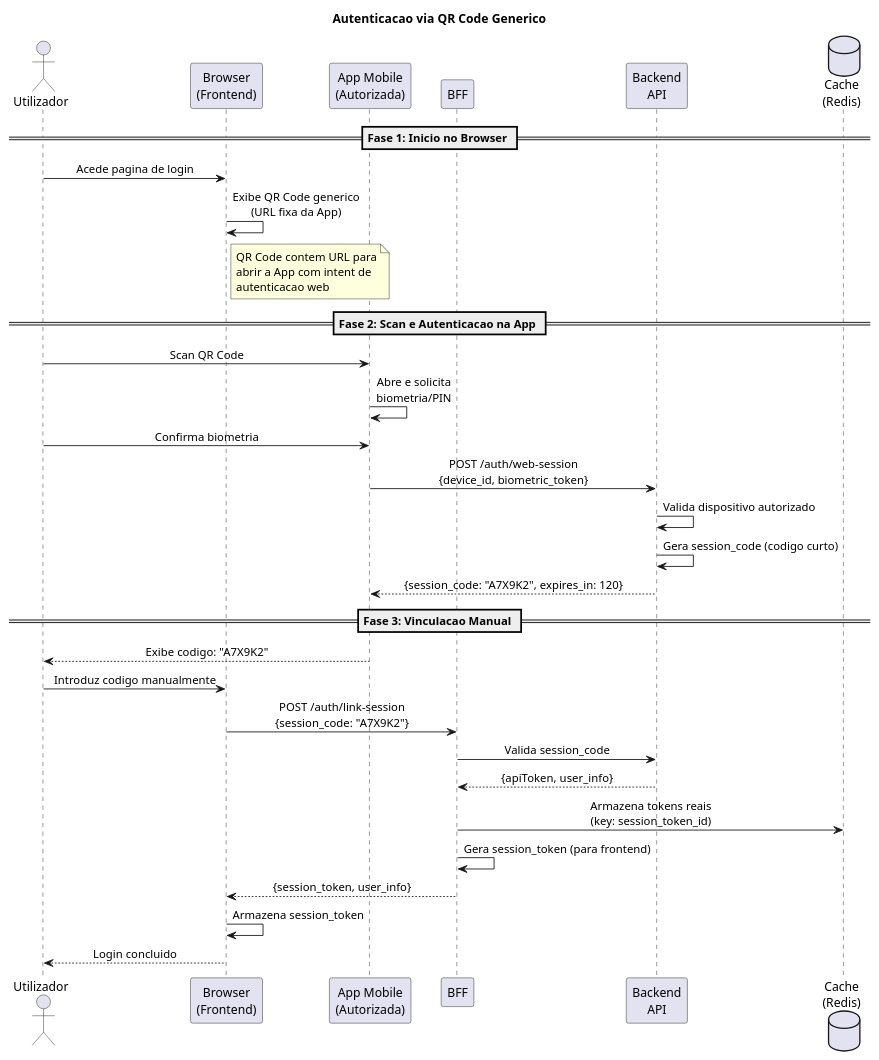
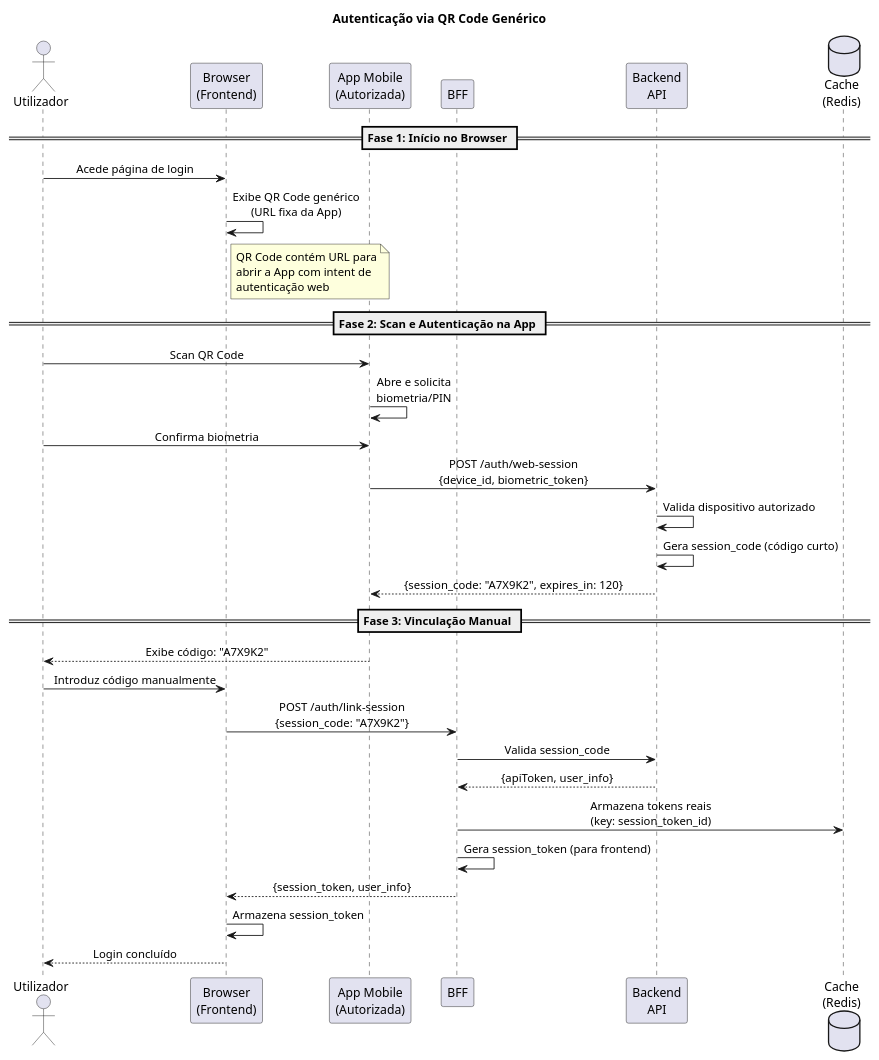
One commit to beduardo/novobanco_website_doc changed the second of 7 diagrams in current/definitions/DEF-05-autenticacao-oauth.md. Above: the diagram before and after it, drawn with PlantUML. The commit also changed other lines of this file and 182 other files, not shown here.

````diff
--- a/current/definitions/DEF-05-autenticacao-oauth.md
+++ b/current/definitions/DEF-05-autenticacao-oauth.md
@@ -130,46 +130,46 @@
 ```plantuml
 @startuml
 skinparam sequenceMessageAlign center
 skinparam responseMessageBelowArrow true
 
-title Autenticacao via QR Code Generico
+title Autenticação via QR Code Genérico
 
 actor "Utilizador" as User
 participant "Browser\n(Frontend)" as Browser
 participant "App Mobile\n(Autorizada)" as App
 participant "BFF" as BFF
 participant "Backend\nAPI" as API
 database "Cache\n(Redis)" as Cache
 
-== Fase 1: Inicio no Browser ==
-User -> Browser : Acede pagina de login
-Browser -> Browser : Exibe QR Code generico\n(URL fixa da App)
+== Fase 1: Início no Browser ==
+User -> Browser : Acede página de login
+Browser -> Browser : Exibe QR Code genérico\n(URL fixa da App)
 note right of Browser
-QR Code contem URL para
+QR Code contém URL para
 abrir a App com intent de
-autenticacao web
+autenticação web
 end note
 
-== Fase 2: Scan e Autenticacao na App ==
+== Fase 2: Scan e Autenticação na App ==
 User -> App : Scan QR Code
 App -> App : Abre e solicita\nbiometria/PIN
 User -> App : Confirma biometria
 App -> API : POST /auth/web-session\n{device_id, biometric_token}
 API -> API : Valida dispositivo autorizado
-API -> API : Gera session_code (codigo curto)
+API -> API : Gera session_code (código curto)
 API --> App : {session_code: "A7X9K2", expires_in: 120}
 
-== Fase 3: Vinculacao Manual ==
-App --> User : Exibe codigo: "A7X9K2"
-User -> Browser : Introduz codigo manualmente
+== Fase 3: Vinculação Manual ==
+App --> User : Exibe código: "A7X9K2"
+User -> Browser : Introduz código manualmente
 Browser -> BFF : POST /auth/link-session\n{session_code: "A7X9K2"}
 BFF -> API : Valida session_code
 API --> BFF : {apiToken, user_info}
 BFF -> Cache : Armazena tokens reais\n(key: session_token_id)
 BFF -> BFF : Gera session_token (para frontend)
 BFF --> Browser : {session_token, user_info}
 Browser -> Browser : Armazena session_token
-Browser --> User : Login concluido
+Browser --> User : Login concluído
 
 @enduml
 ```
````
